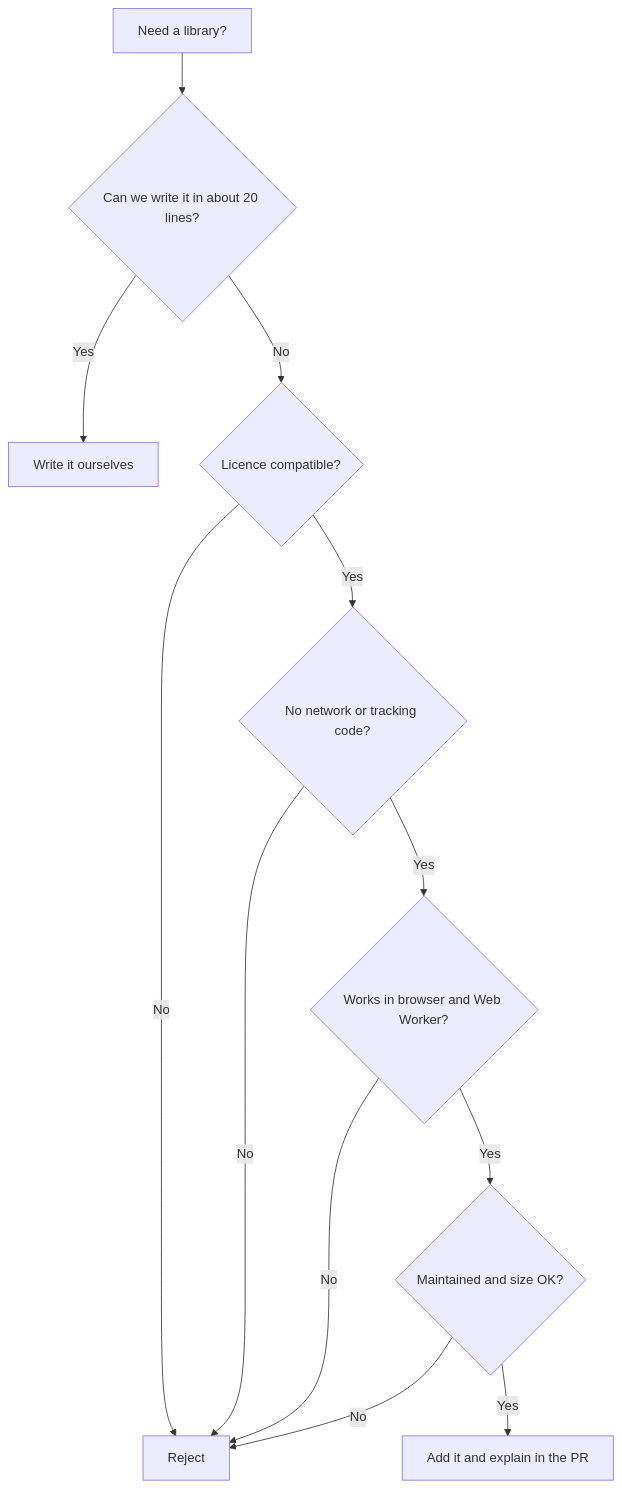
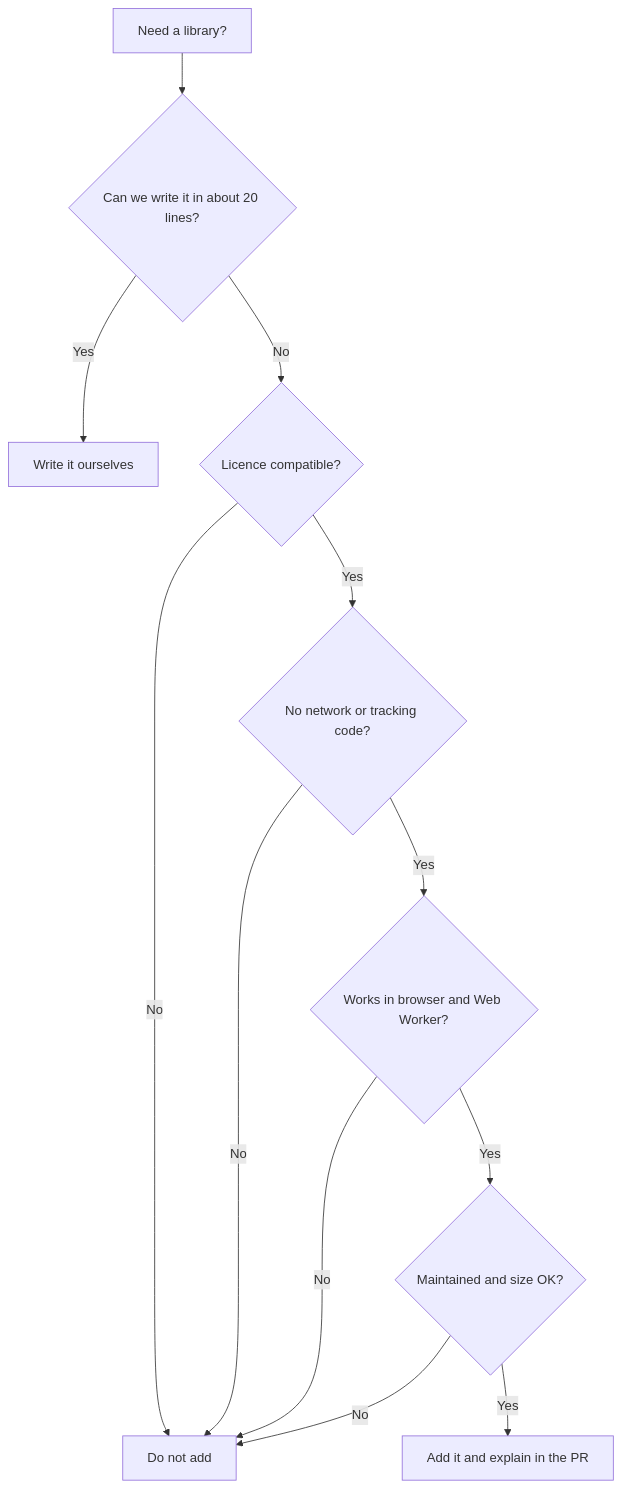
One commit to intabtools/intabpdf changed the diagram in docs/dependencies.md. Above: the diagram before and after it, drawn with Mermaid. The commit also changed other lines of this file and 12 other files, not shown here.

````diff
--- a/docs/dependencies.md
+++ b/docs/dependencies.md
@@ -5,14 +5,14 @@
 ```mermaid
 flowchart TD
     A["Need a library?"] --> B{"Can we write it in about 20 lines?"}
     B -- Yes --> C["Write it ourselves"]
     B -- No --> D{"Licence compatible?"}
-    D -- No --> E["Reject"]
+    D -- No --> E["Do not add"]
     D -- Yes --> F{"No network or tracking code?"}
     F -- No --> E
     F -- Yes --> G{"Works in browser and Web Worker?"}
     G -- No --> E
     G -- Yes --> H{"Maintained and size OK?"}
     H -- No --> E
     H -- Yes --> I["Add it and explain in the PR"]
 ```
````
